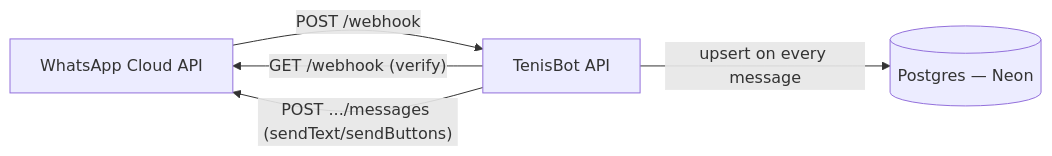
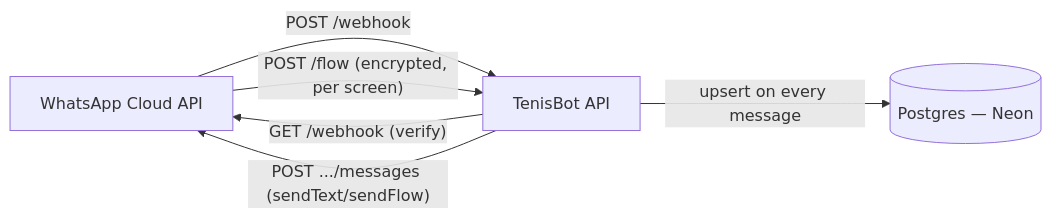
The diagram in docs/app/architecture.md (jluncashu/tennis-bot), drawn with Mermaid before and after one commit. The commit also changed other lines of this file and 14 other files, not shown here.

First line of the commit message:
TI-0005: Court booking via WhatsApp Flow

````diff
--- a/docs/app/architecture.md
+++ b/docs/app/architecture.md
@@ -12,7 +12,8 @@
 ```mermaid
 graph LR
   WA[WhatsApp Cloud API] -- "POST /webhook" --> API[TenisBot API]
   API -- "GET /webhook (verify)" --> WA
-  API -- "POST .../messages (sendText/sendButtons)" --> WA
+  API -- "POST .../messages (sendText/sendFlow)" --> WA
+  WA -- "POST /flow (encrypted, per screen)" --> API
   API -- "upsert on every message" --> DB[(Postgres — Neon)]
 ```
````
